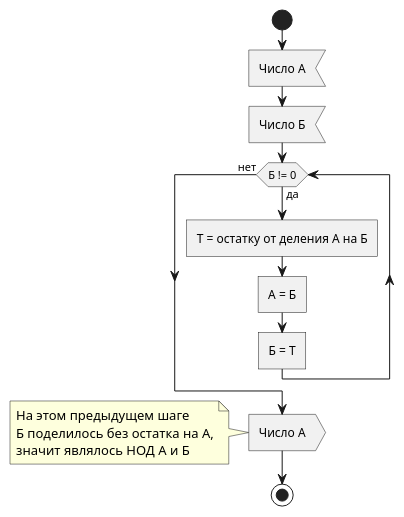
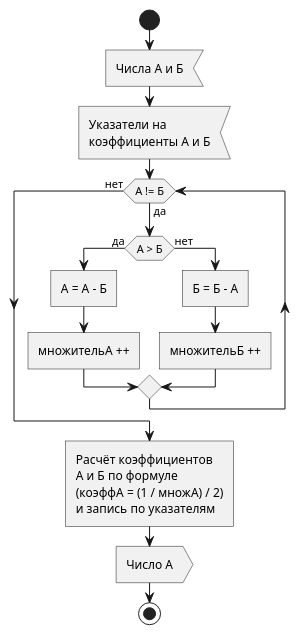
One commit to YA-NDT/IC-ADSC-TD changed the diagram in Scenarios/2.4. Euclidus.puml. Above: the diagram before and after it, drawn with PlantUML. The commit also changed other lines of this file and 1 other file, not shown here.

```diff
--- a/Scenarios/2.4. Euclidus.puml
+++ b/Scenarios/2.4. Euclidus.puml
@@ -1,19 +1,21 @@
 @startuml
 
 start
-:Число А<
-:Число Б<
+:Числа А и Б<
+:Указатели на\nкоэффициенты А и Б<
 
-while (Б != 0) is (да)
+while (А != Б) is (да)
 
-  :Т = остатку от деления А на Б]
-  :A = Б]
-  :Б = Т]
-
+  if (А > Б) then (да)
+    :А = А - Б]
+    :множительА ++]
+  else (нет)
+    :Б = Б - А]
+    :множительБ ++]
+  endif
 endwhile (нет)
 
+:Расчёт коэффициентов\nА и Б по формуле\n(коэффА = (1 / множА) / 2)\nи запись по указателям]
 :Число А>
-note left: На этом предыдущем шаге\nБ поделилось без остатка на А,\nзначит являлось НОД А и Б 
-
 stop
 @enduml
```
